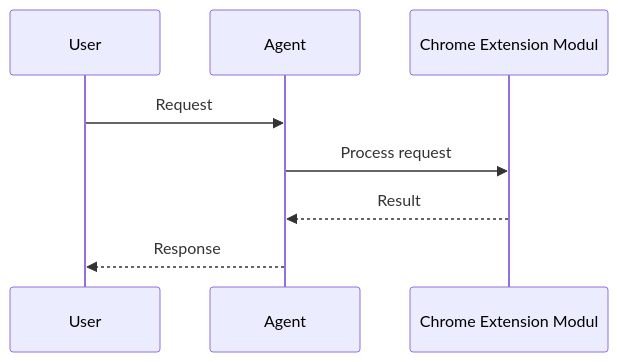
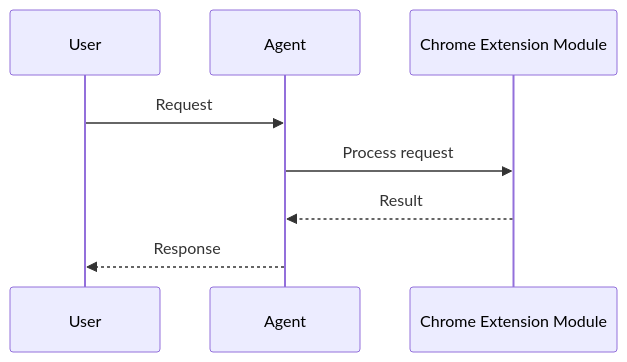
The second of 4 diagrams in docs/tools/chrome-extension.mdx (MervinPraison/PraisonAIDocs), drawn with Mermaid before and after one commit. The commit also changed other lines of this file and 45 other files, not shown here.

First line of the commit message:
docs: fix truncated Mermaid diagram feature names (22-char cutoff)

````diff
--- a/docs/tools/chrome-extension.mdx
+++ b/docs/tools/chrome-extension.mdx
@@ -24,11 +24,11 @@
 ```mermaid
 sequenceDiagram
     participant User
     participant Agent
-    participant Feature as Chrome Extension Modul
+    participant Feature as Chrome Extension Module
 
     User->>Agent: Request
     Agent->>Feature: Process request
     Feature-->>Agent: Result
     Agent-->>User: Response
 ```
````
